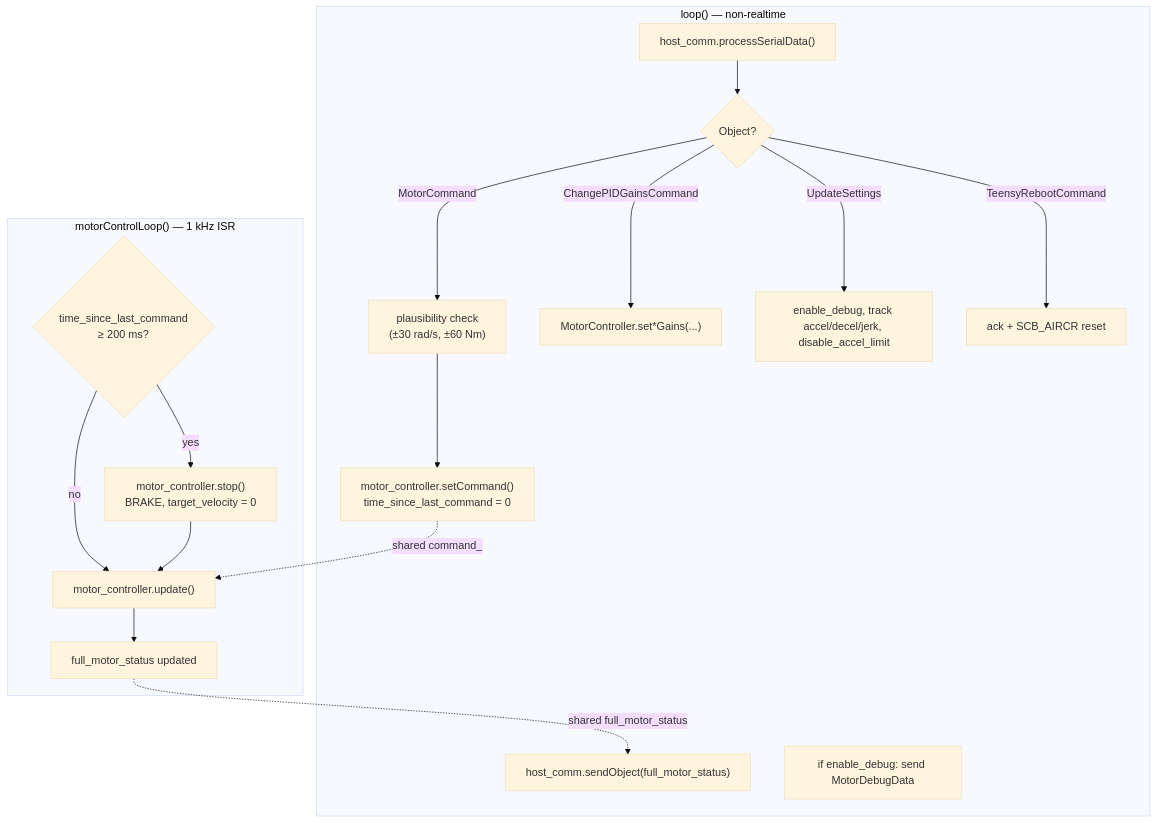
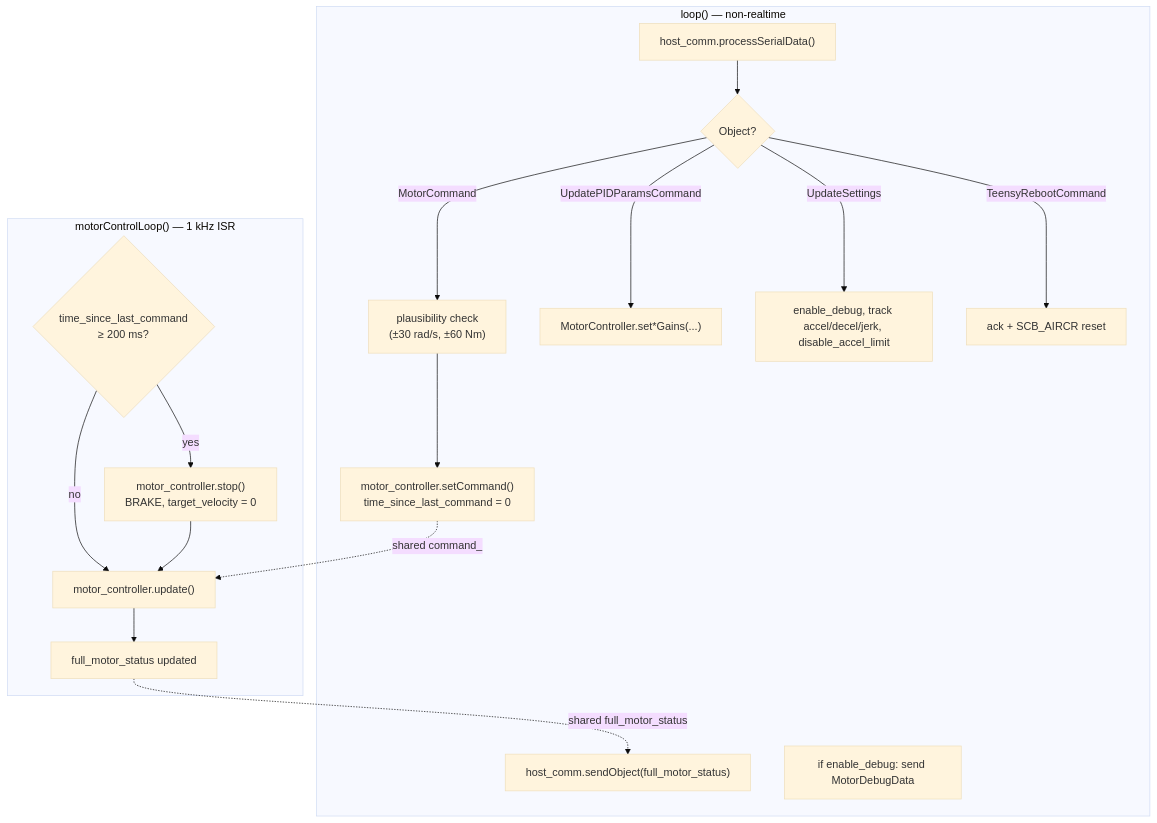
Before and after one commit to nemosum0/athena_motor_driver: the third of 9 diagrams in athena_motor_driver/docs/control_architecture.md, drawn with Mermaid (base theme). The commit also changed other lines of this file and 13 other files, not shown here.

````diff
--- a/athena_motor_driver/docs/control_architecture.md
+++ b/athena_motor_driver/docs/control_architecture.md
@@ -159,24 +159,24 @@
 ```mermaid
 flowchart TD
     subgraph LOOP["loop() — non-realtime"]
         L1["host_comm.processSerialData()"] --> L2{"Object?"}
         L2 -->|MotorCommand| L3["plausibility check<br/>(±30 rad/s, ±60 Nm)"]
         L3 --> L4["motor_controller.setCommand()<br/>time_since_last_command = 0"]
-        L2 -->|ChangePIDGainsCommand| L5["MotorController.set*Gains(...)"]
+        L2 -->|UpdatePIDParamsCommand| L5["MotorController.set*Gains(...)"]
         L2 -->|UpdateSettings| L6["enable_debug, track accel/decel/jerk, disable_accel_limit"]
         L2 -->|TeensyRebootCommand| L7["ack + SCB_AIRCR reset"]
         L8["host_comm.sendObject(full_motor_status)"]
         L9["if enable_debug: send MotorDebugData"]
     end
 
     subgraph ISR["motorControlLoop() — 1 kHz ISR"]
         I1{"time_since_last_command<br/>≥ 200 ms?"}
         I1 -->|yes| I2["motor_controller.stop()<br/>BRAKE, target_velocity = 0"]
         I1 -->|no| I4["motor_controller.update()"]
         I2 --> I4
         I4 --> I5["full_motor_status updated"]
     end
 
     L4 -.->|"shared command_"| I4
     I5 -.->|"shared full_motor_status"| L8
 ```
````
